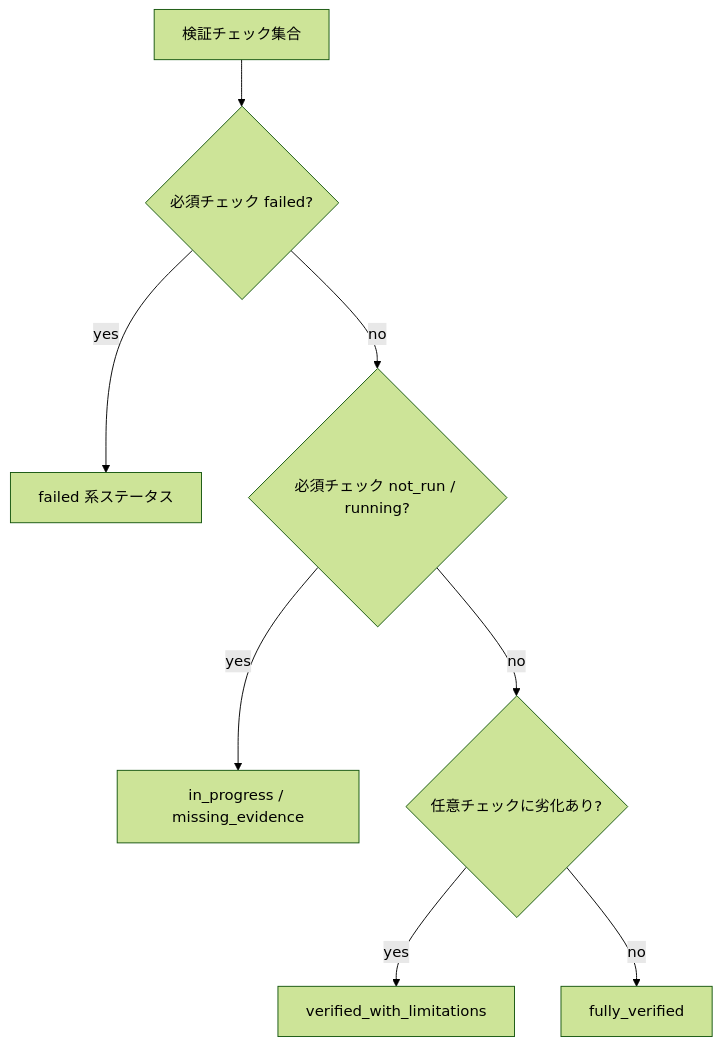
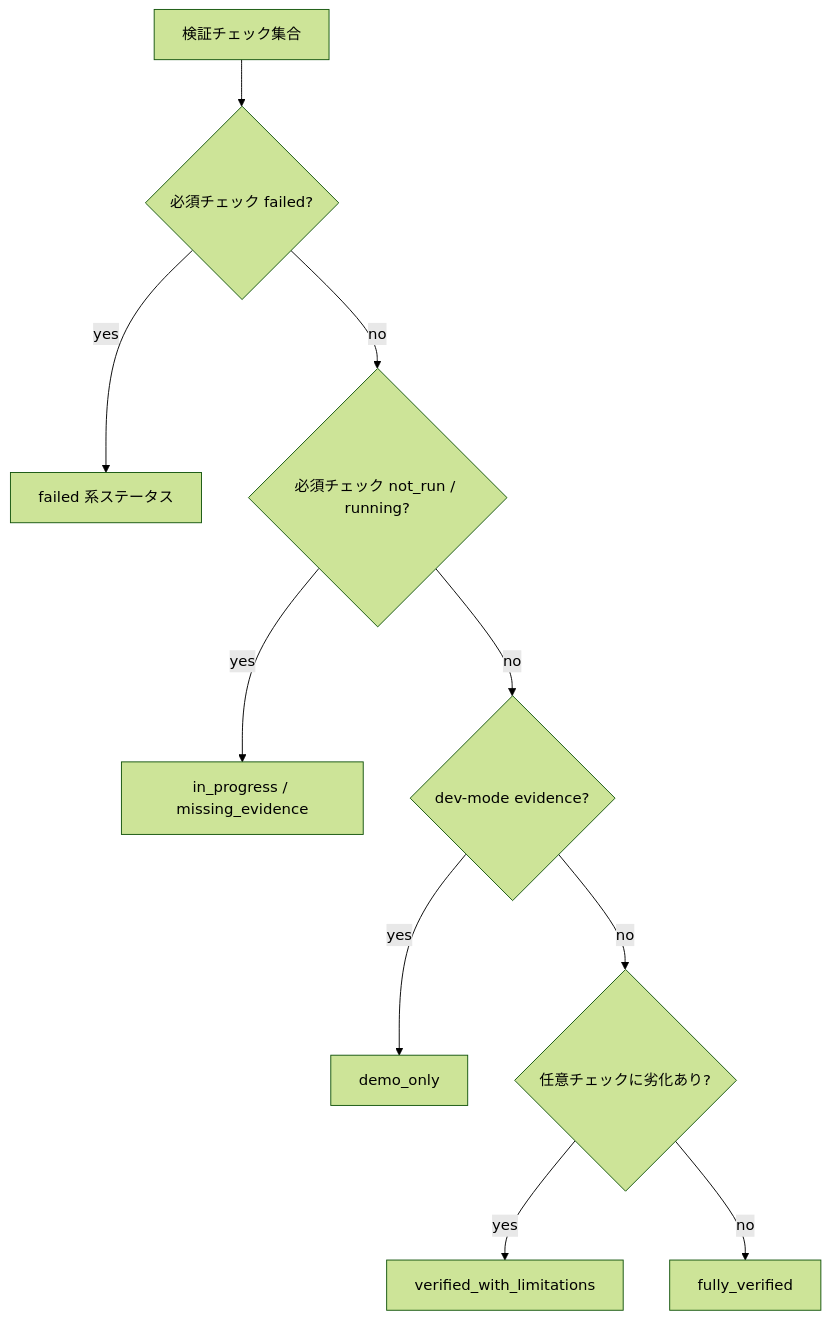
Before and after one commit to hwatanabe-jp/stark-ballot-simulator-public: the second of 2 diagrams in public-book/src/tamper/detection-mechanism.md, drawn with Mermaid (forest theme). The commit also changed other lines of this file and 1491 other files, not shown here.

````diff
--- a/public-book/src/tamper/detection-mechanism.md
+++ b/public-book/src/tamper/detection-mechanism.md
@@ -126,10 +113,12 @@
 ```mermaid
 flowchart TB
   A[検証チェック集合] --> B{必須チェック failed?}
   B -- yes --> F[failed 系ステータス]
   B -- no --> C{必須チェック not_run / running?}
   C -- yes --> W[in_progress / missing_evidence]
-  C -- no --> D{任意チェックに劣化あり?}
-  D -- yes --> L[verified_with_limitations]
-  D -- no --> V[fully_verified]
+  C -- no --> D{dev-mode evidence?}
+  D -- yes --> M[demo_only]
+  D -- no --> E{任意チェックに劣化あり?}
+  E -- yes --> L[verified_with_limitations]
+  E -- no --> V[fully_verified]
 ```
````
